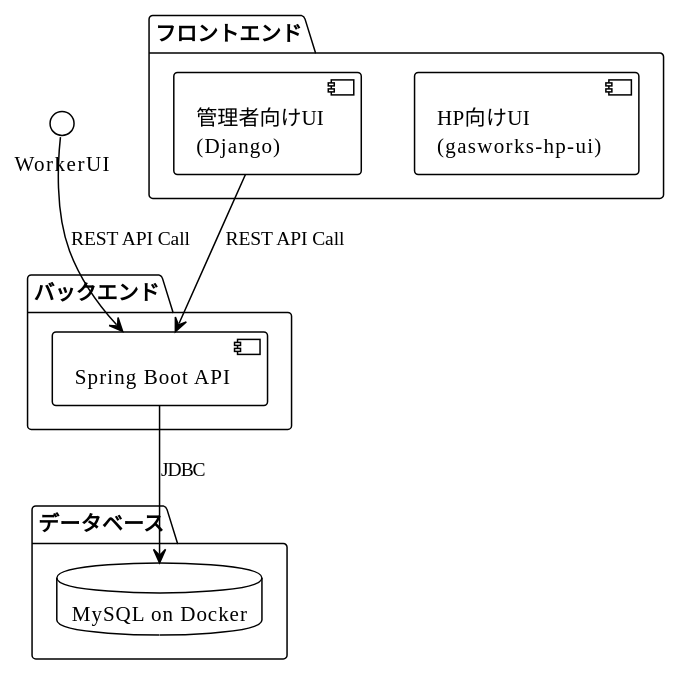
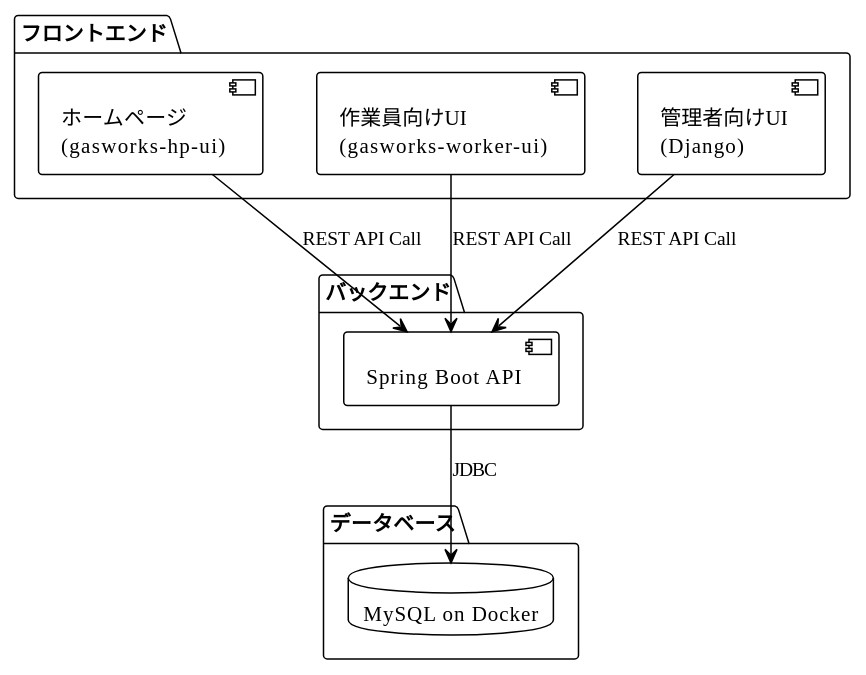
One commit to OPEN-26-N-offline/gasworks changed the diagram in DOCUMENT/全体構成図.md. Above: the diagram before and after it, drawn with PlantUML. The commit also changed other lines of this file and 20 other files, not shown here.

````diff
--- a/DOCUMENT/全体構成図.md
+++ b/DOCUMENT/全体構成図.md
@@ -10,23 +10,25 @@
 ```plantuml
 @startuml
 !theme plain
 
 package "フロントエンド" {
-  [HP向けUI\n(gasworks-hp-ui)] as HPUI
+  [ホームページ\n(gasworks-hp-ui)] as HPUI
+  [作業員向けUI\n(gasworks-worker-ui)] as WorkerUI
   [管理者向けUI\n(Django)] as AdminUI
 }
 
 package "バックエンド" {
   [Spring Boot API] as API
 }
 
 package "データベース" {
   database "MySQL on Docker" as DB
 }
 
+HPUI --> API : "REST API Call"
 WorkerUI --> API : "REST API Call"
 AdminUI --> API : "REST API Call"
 API --> DB : "JDBC"
 
 @enduml
 ```
````
